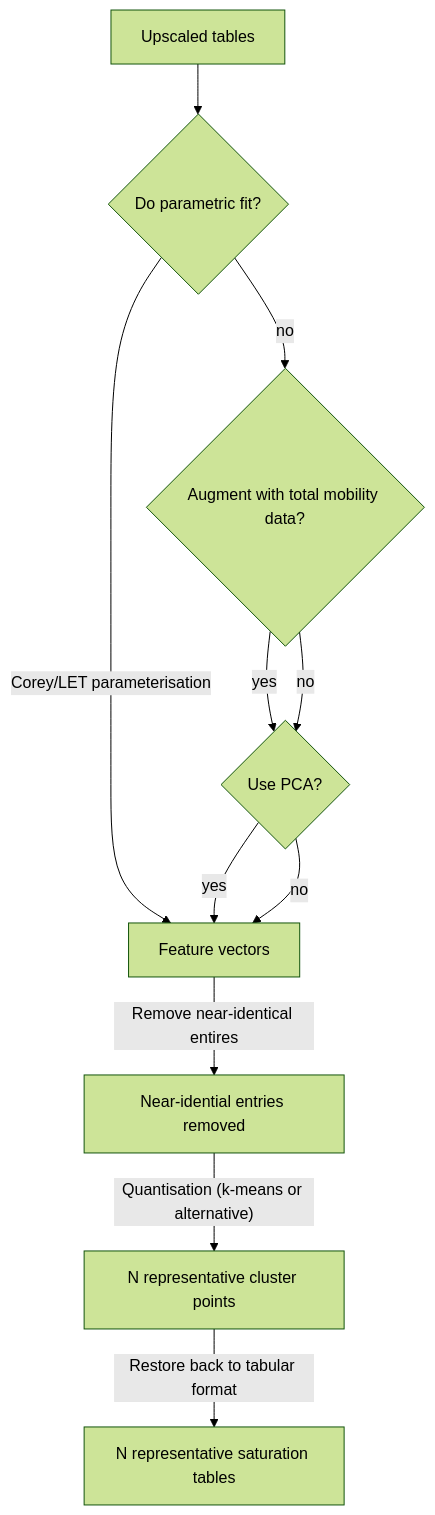
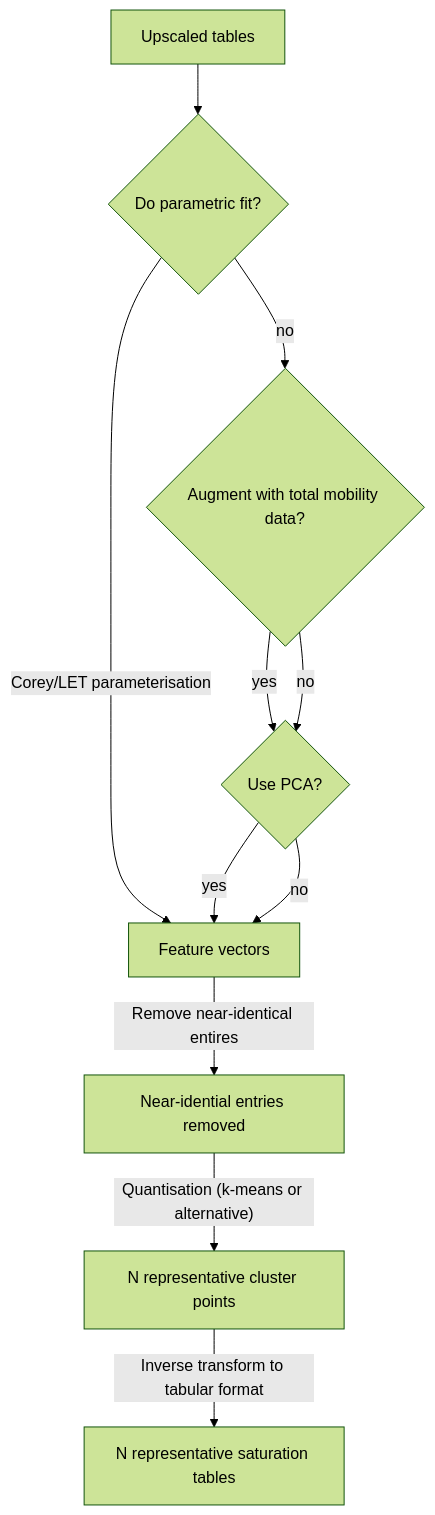
One commit to ImperialCollegeLondon/StrataTrapper changed the first of 2 diagrams in src/compress/README.md. Above: the diagram before and after it, drawn with Mermaid (forest theme).

Commit message:
fix: ✨ update flowchart description for inverse transformation in README

````diff
--- a/src/compress/README.md
+++ b/src/compress/README.md
@@ -35,23 +35,23 @@
 ```mermaid
 flowchart TD
 upsc[Upscaled tables]
 do_param_fit{Do parametric fit?}
 embed{Augment with total mobility data?}
 clean[Near-idential entries removed]
 red{Use PCA?}
 latent[Feature vectors]
 repr[N representative cluster points]
 tabs[N representative saturation tables]
 
 upsc --> do_param_fit
 do_param_fit-- Corey/LET parameterisation --> latent
 do_param_fit -- no --> embed
 embed -- yes --> red
 embed -- no --> red
 red -- yes --> latent
 red -- no --> latent
 latent -- Remove near-identical entires --> clean
 clean -- "Quantisation (k-means or alternative)" --> repr
-repr -- "Restore back to tabular format" --> tabs
+repr -- "Inverse transform to tabular format" --> tabs
 
 ```
````
